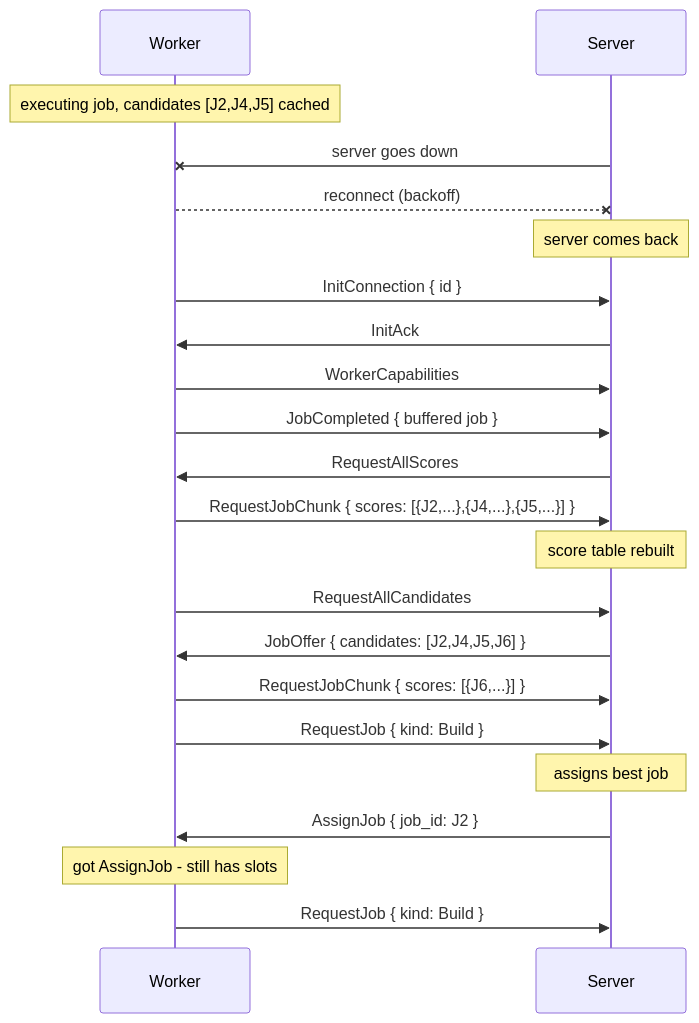
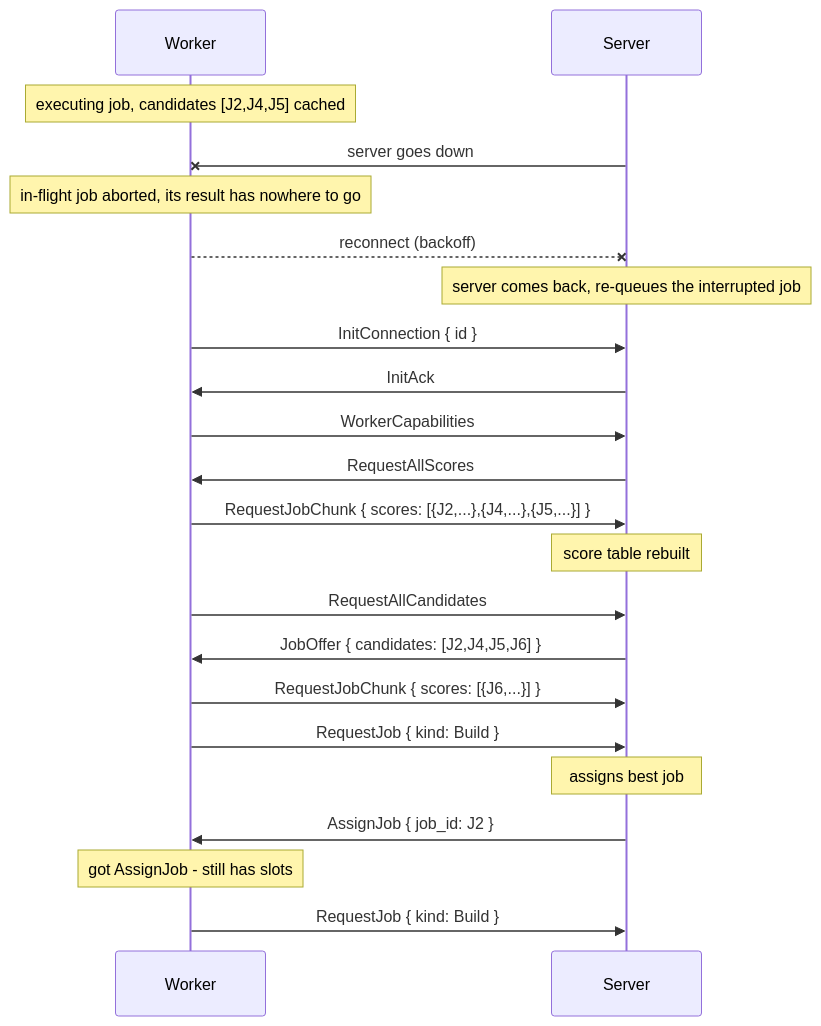
One commit to wavelens/gradient changed diagram 24 of 26 in docs/src/development/proto.md. Above: the diagram before and after it, drawn with Mermaid. The commit also changed other lines of this file and 8 other files, not shown here.

````diff
--- a/docs/src/development/proto.md
+++ b/docs/src/development/proto.md
@@ -1430,25 +1430,25 @@
 ```mermaid
 sequenceDiagram
     participant W as Worker
     participant S as Server
 
     Note over W: executing job, candidates [J2,J4,J5] cached
     S-xW: server goes down
+    Note over W: in-flight job aborted, its result has nowhere to go
     W--xS: reconnect (backoff)
-    Note over S: server comes back
+    Note over S: server comes back, re-queues the interrupted job
     W->>S: InitConnection { id }
     S->>W: InitAck
     W->>S: WorkerCapabilities
-    W->>S: JobCompleted { buffered job }
     S->>W: RequestAllScores
     W->>S: RequestJobChunk { scores: [{J2,...},{J4,...},{J5,...}] }
     Note over S: score table rebuilt
     W->>S: RequestAllCandidates
     S->>W: JobOffer { candidates: [J2,J4,J5,J6] }
     W->>S: RequestJobChunk { scores: [{J6,...}] }
     W->>S: RequestJob { kind: Build }
     Note over S: assigns best job
     S->>W: AssignJob { job_id: J2 }
     Note over W: got AssignJob - still has slots
     W->>S: RequestJob { kind: Build }
 ```
````
